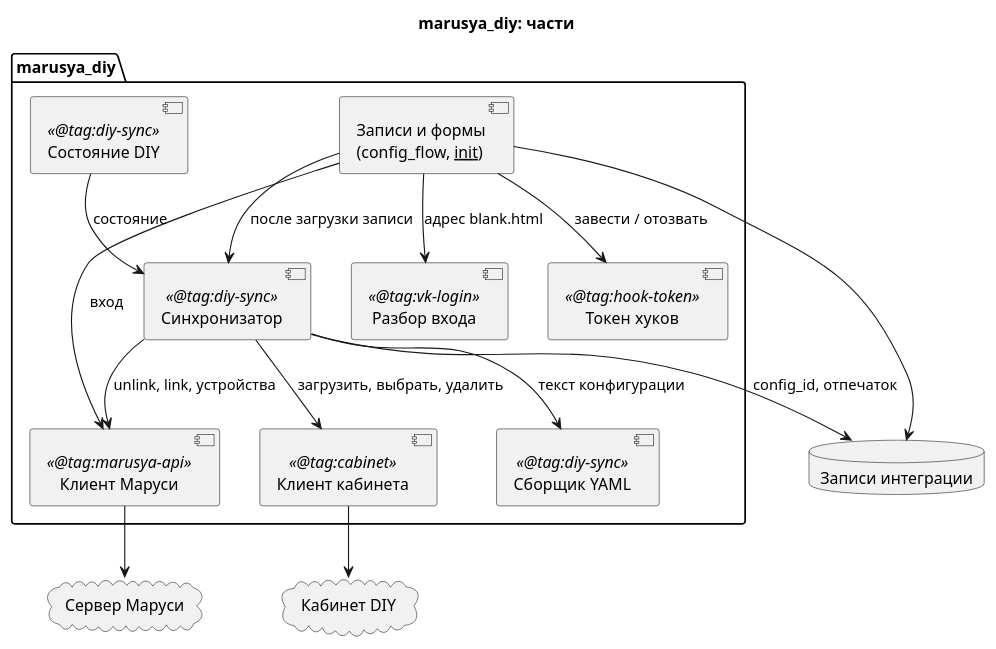
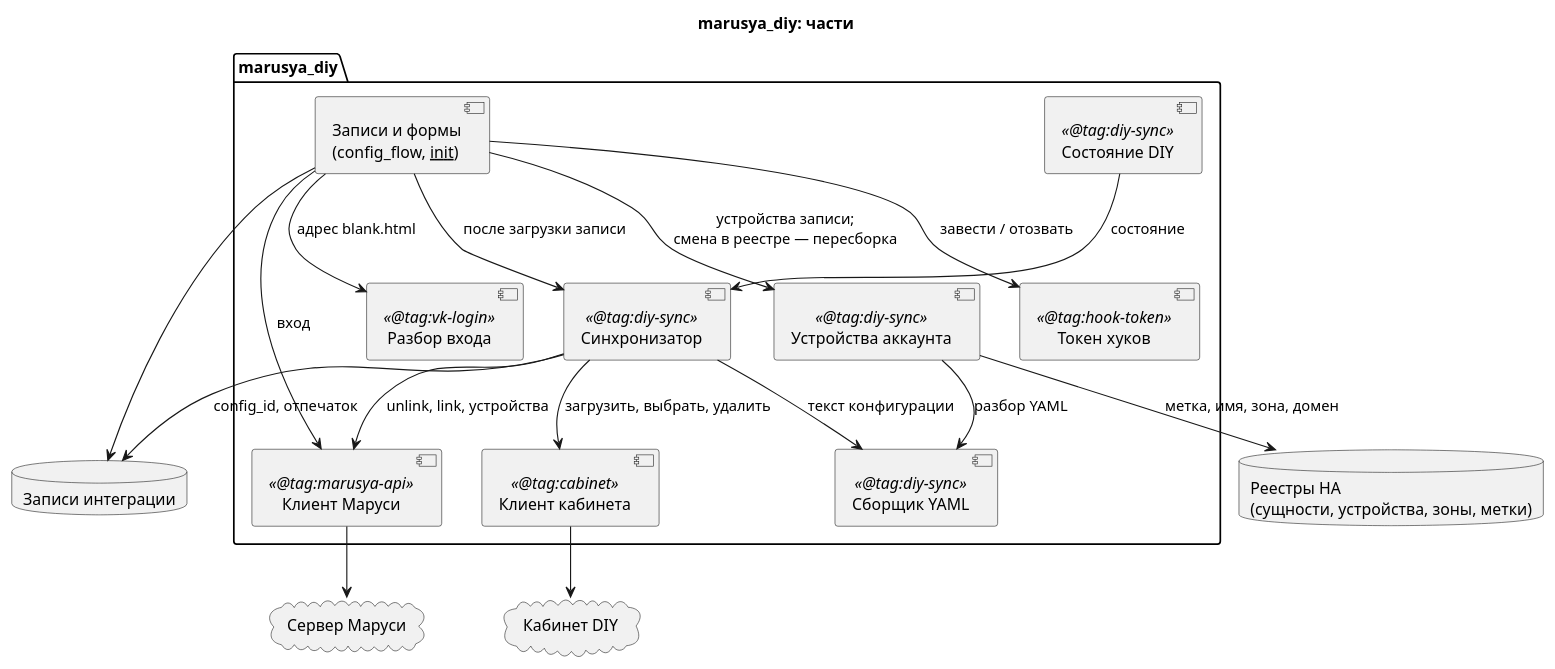
Before and after one commit to mpashka/hass-marusya: the diagram in docs/implementation/structure.puml, drawn with PlantUML. The commit also changed 14 other files, not shown here.

First line of the commit message:
hi-119: устройства колонки — меткой HA и списком сущностей, вместе с YAML

```diff
--- a/docs/implementation/structure.puml
+++ b/docs/implementation/structure.puml
@@ -1,30 +1,35 @@
 @startuml
 title marusya_diy: части
 
 package "marusya_diy" {
   component "Записи и формы\n(config_flow, __init__)" as flow
   component "Синхронизатор" as sync <<@tag:diy-sync>>
   component "Сборщик YAML" as yaml <<@tag:diy-sync>>
+  component "Устройства аккаунта" as picked <<@tag:diy-sync>>
   component "Токен хуков" as token <<@tag:hook-token>>
   component "Разбор входа" as login <<@tag:vk-login>>
   component "Клиент Маруси" as api <<@tag:marusya-api>>
   component "Клиент кабинета" as cab <<@tag:cabinet>>
   component "Состояние DIY" as sensor <<@tag:diy-sync>>
 }
 database "Записи интеграции" as entries
+database "Реестры HA\n(сущности, устройства, зоны, метки)" as registries
 cloud "Сервер Маруси" as marusya
 cloud "Кабинет DIY" as cabinet
 
 flow --> login : адрес blank.html
 flow --> api : вход
 flow --> token : завести / отозвать
 flow --> sync : после загрузки записи
 flow --> entries
+flow --> picked : устройства записи;\nсмена в реестре — пересборка
+picked --> yaml : разбор YAML
+picked --> registries : метка, имя, зона, домен
 sync --> yaml : текст конфигурации
 sync --> api : unlink, link, устройства
 sync --> cab : загрузить, выбрать, удалить
 sync --> entries : config_id, отпечаток
 sensor --> sync : состояние
 api --> marusya
 cab --> cabinet
 @enduml
```
